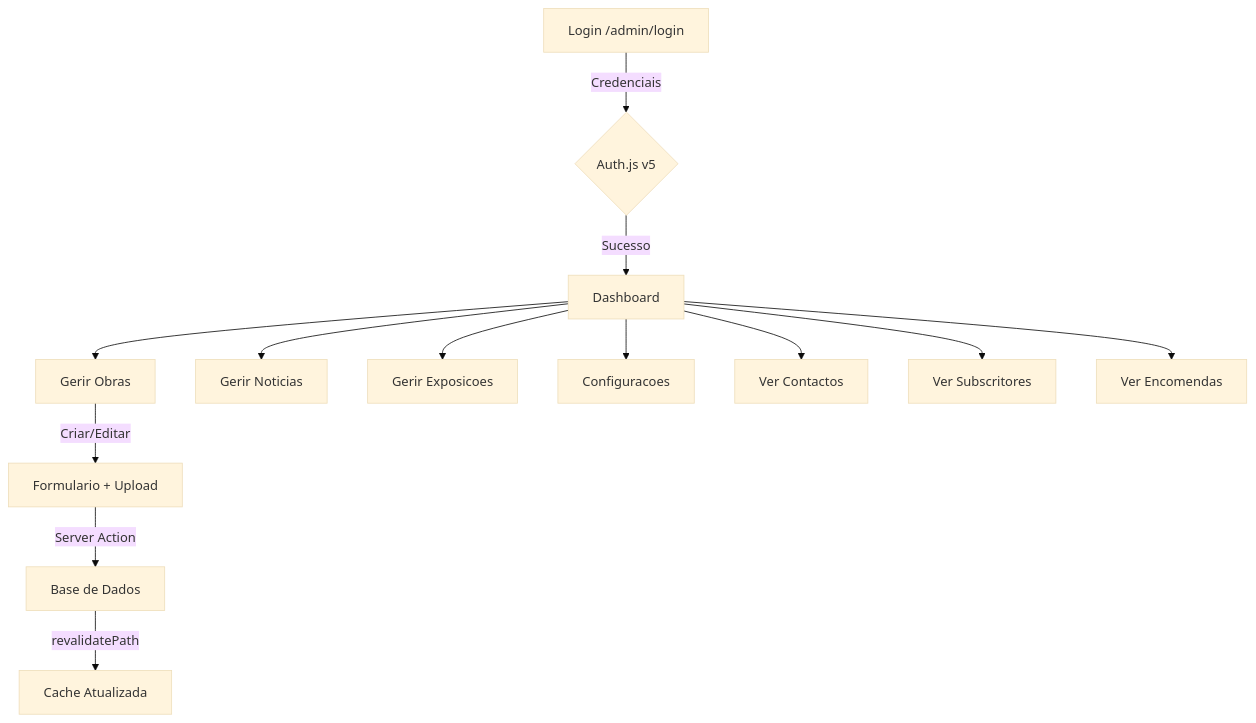
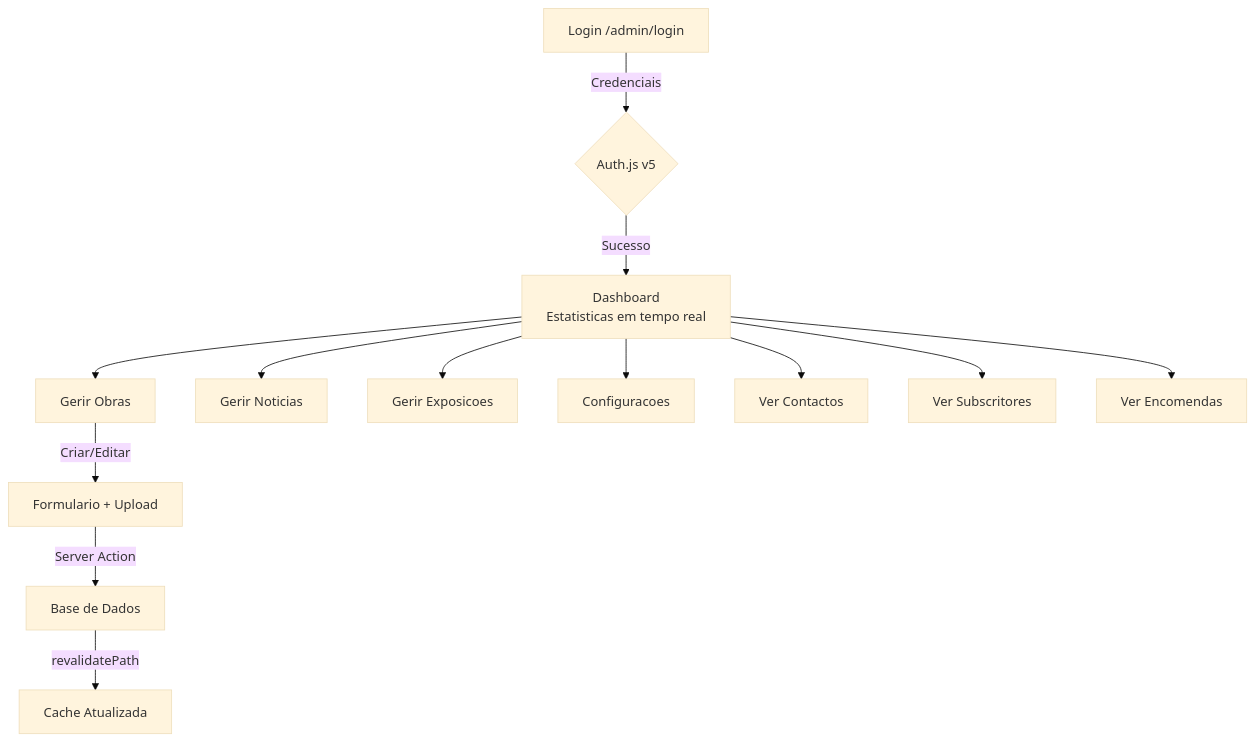
Before and after one commit to elbarroca/soraia_web: the fifth of 6 diagrams in README.md, drawn with Mermaid (base theme). The commit also changed other lines of this file and 80 other files, not shown here.

````diff
--- a/README.md
+++ b/README.md
@@ -350,16 +430,16 @@
 ```mermaid
 graph TD
     A[Login /admin/login] -->|Credenciais| B{Auth.js v5}
-    B -->|Sucesso| C[Dashboard]
+    B -->|Sucesso| C[Dashboard<br/>Estatisticas em tempo real]
     C --> D[Gerir Obras]
     C --> E[Gerir Noticias]
     C --> F[Gerir Exposicoes]
     C --> G[Configuracoes]
     C --> H[Ver Contactos]
     C --> I[Ver Subscritores]
     C --> J[Ver Encomendas]
 
     D -->|Criar/Editar| K[Formulario + Upload]
     K -->|Server Action| L[Base de Dados]
     L -->|revalidatePath| M[Cache Atualizada]
 ```
````
